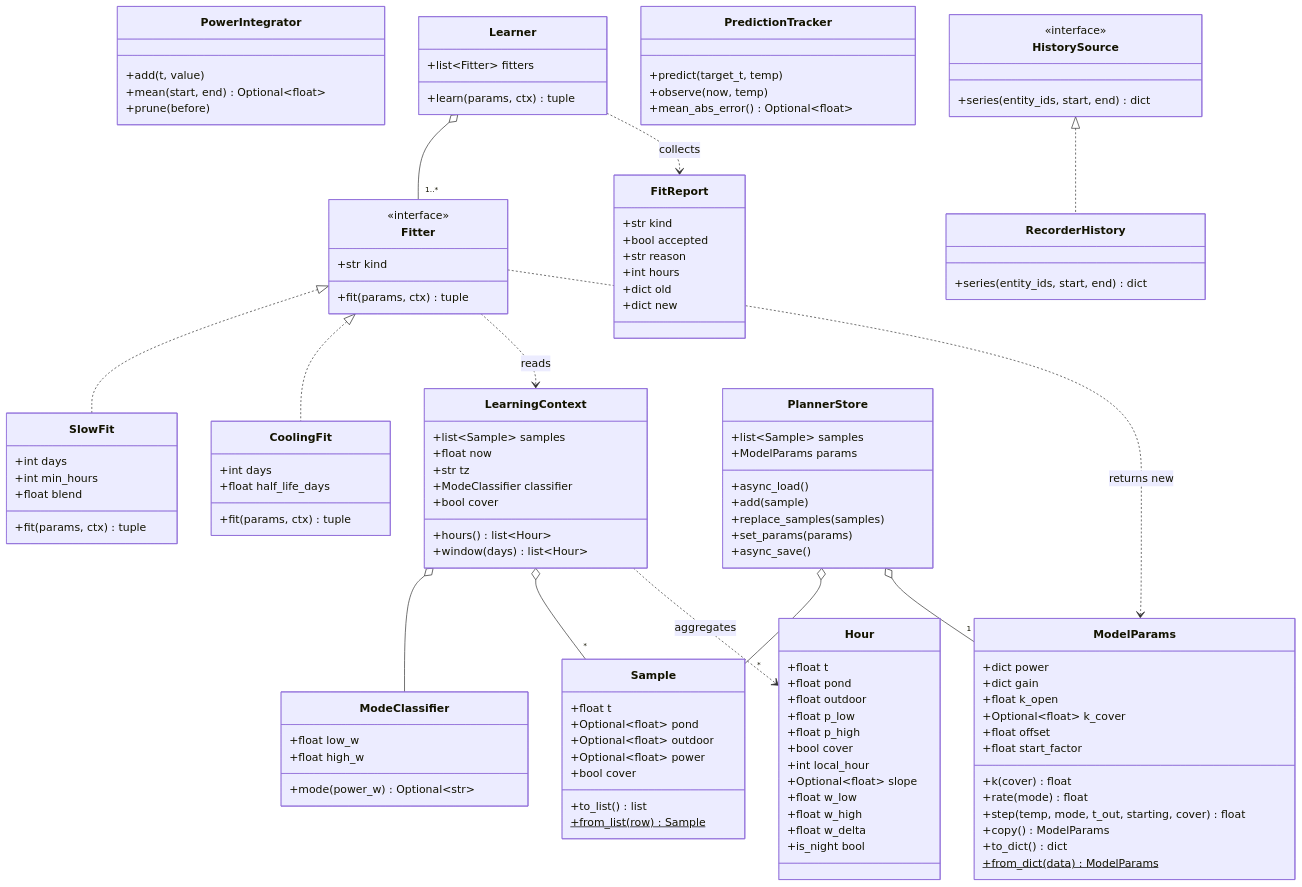
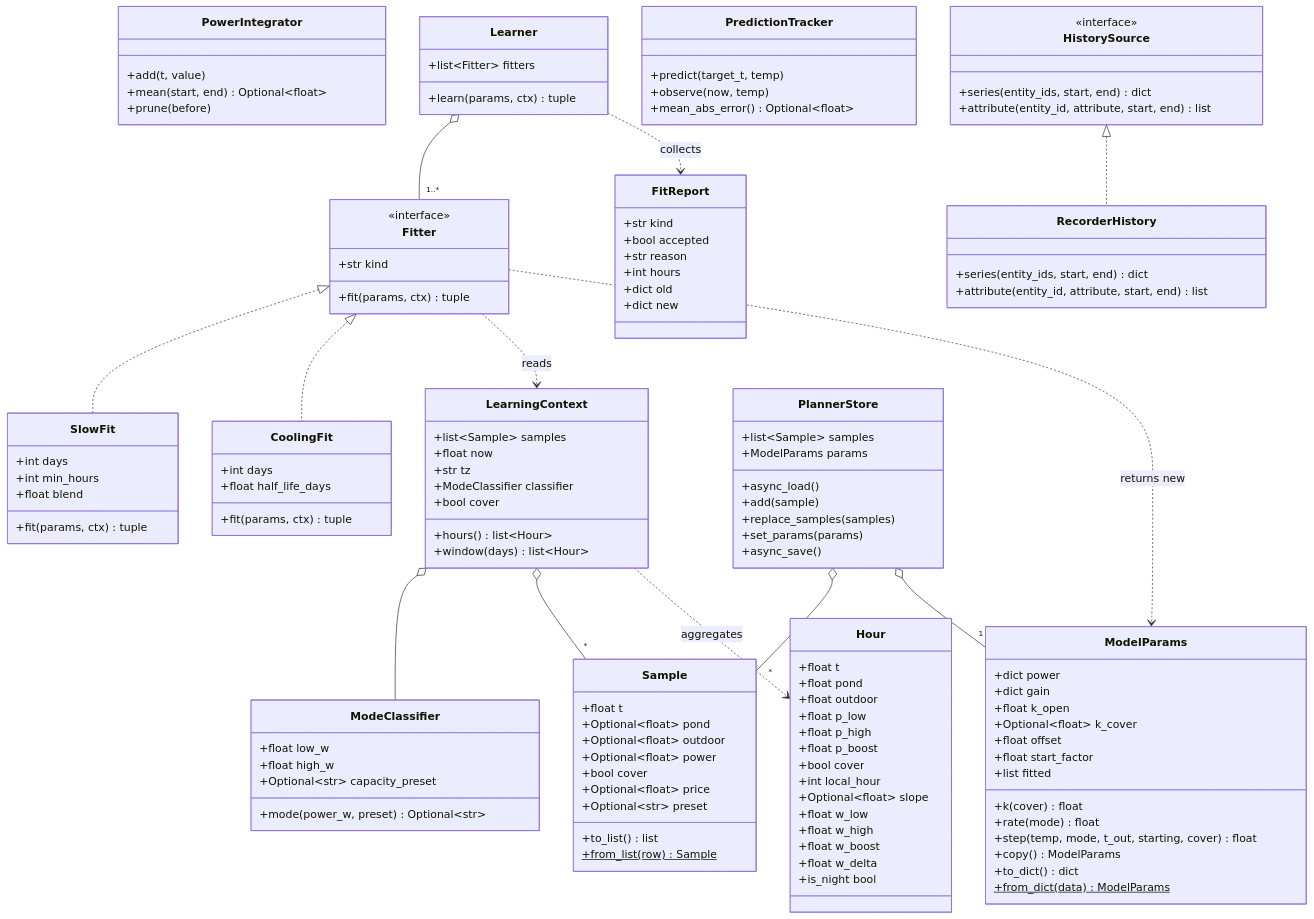
The second of 25 diagrams in docs/architecture.md (abroeders/pond-heatpump-price-planner), drawn with Mermaid before and after one commit. The commit also changed other lines of this file and 6 other files, not shown here.

Commit message:
docs: boost mode and capacity preset (#37)

```diff
--- a/docs/architecture.md
+++ b/docs/architecture.md
@@ -102,6 +103,8 @@
         +Optional~float~ outdoor
         +Optional~float~ power
         +bool cover
+        +Optional~float~ price
+        +Optional~str~ preset
         +to_list() list
         +from_list(row)$ Sample
     }
@@ -117,6 +120,7 @@
         +Optional~float~ k_cover
         +float offset
         +float start_factor
+        +list fitted
         +k(cover) float
         +rate(mode) float
         +step(temp, mode, t_out, starting, cover) float
@@ -127,7 +131,8 @@
     class ModeClassifier {
         +float low_w
         +float high_w
-        +mode(power_w) Optional~str~
+        +Optional~str~ capacity_preset
+        +mode(power_w, preset) Optional~str~
     }
     class Hour {
         +float t
@@ -135,11 +140,13 @@
         +float outdoor
         +float p_low
         +float p_high
+        +float p_boost
         +bool cover
         +int local_hour
         +Optional~float~ slope
         +float w_low
         +float w_high
+        +float w_boost
         +float w_delta
         +is_night bool
     }
@@ -188,9 +195,11 @@
     class HistorySource {
         <<interface>>
         +series(entity_ids, start, end) dict
+        +attribute(entity_id, attribute, start, end) list
     }
     class RecorderHistory {
         +series(entity_ids, start, end) dict
+        +attribute(entity_id, attribute, start, end) list
     }
     class PlannerStore {
         +list~Sample~ samples
```
